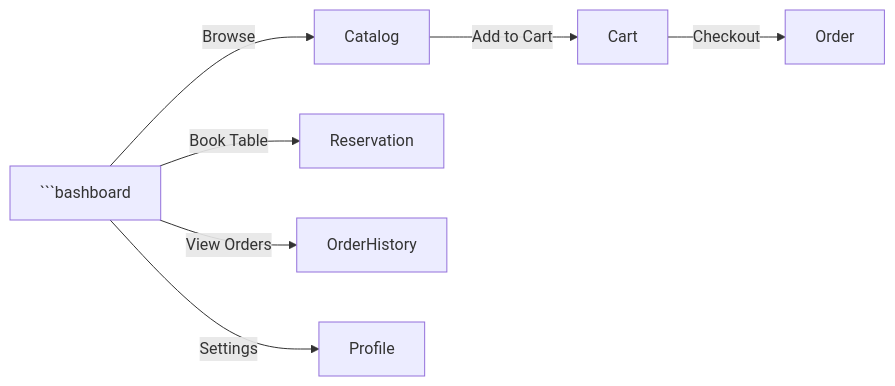
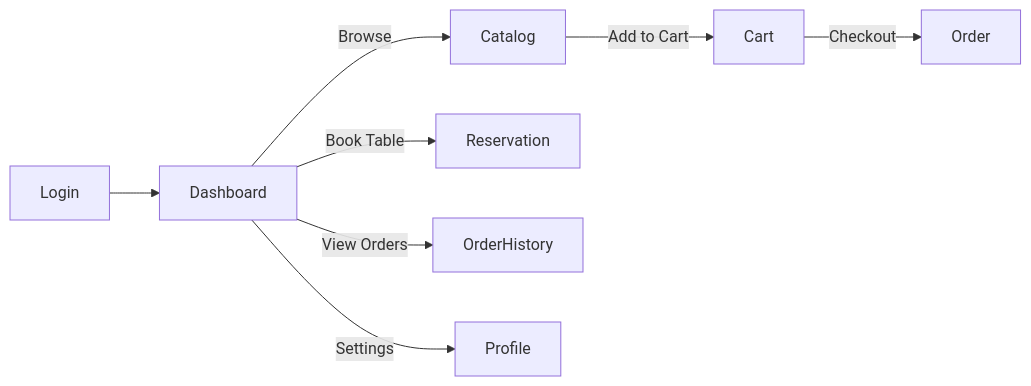
The diagram in README.md (sanjeewa618/Wine-Pub-Management-System), drawn with Mermaid before and after one commit. The commit also changed other lines of this file and 1 other file, not shown here.

````diff
--- a/README.md
+++ b/README.md
@@ -145,10 +147,10 @@
 ```mermaid
 flowchart LR
-```bashboard
-```bashboard --> |Browse| Catalog
+	Login --> Dashboard
+	Dashboard --> |Browse| Catalog
 	Catalog --> |Add to Cart| Cart
 	Cart --> |Checkout| Order
-```bashboard --> |Book Table| Reservation
-```bashboard --> |View Orders| OrderHistory
-```bashboard --> |Settings| Profile
+	Dashboard --> |Book Table| Reservation
+	Dashboard --> |View Orders| OrderHistory
+	Dashboard --> |Settings| Profile
 ```
````
